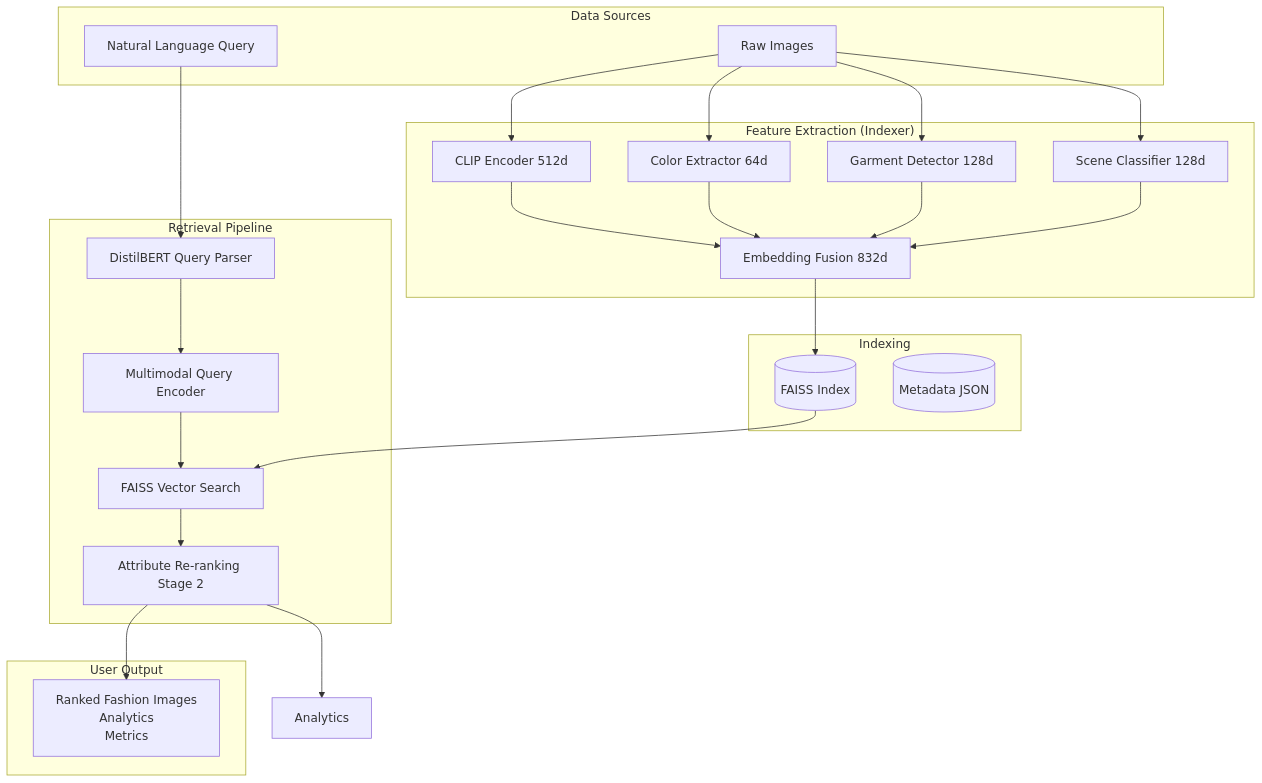
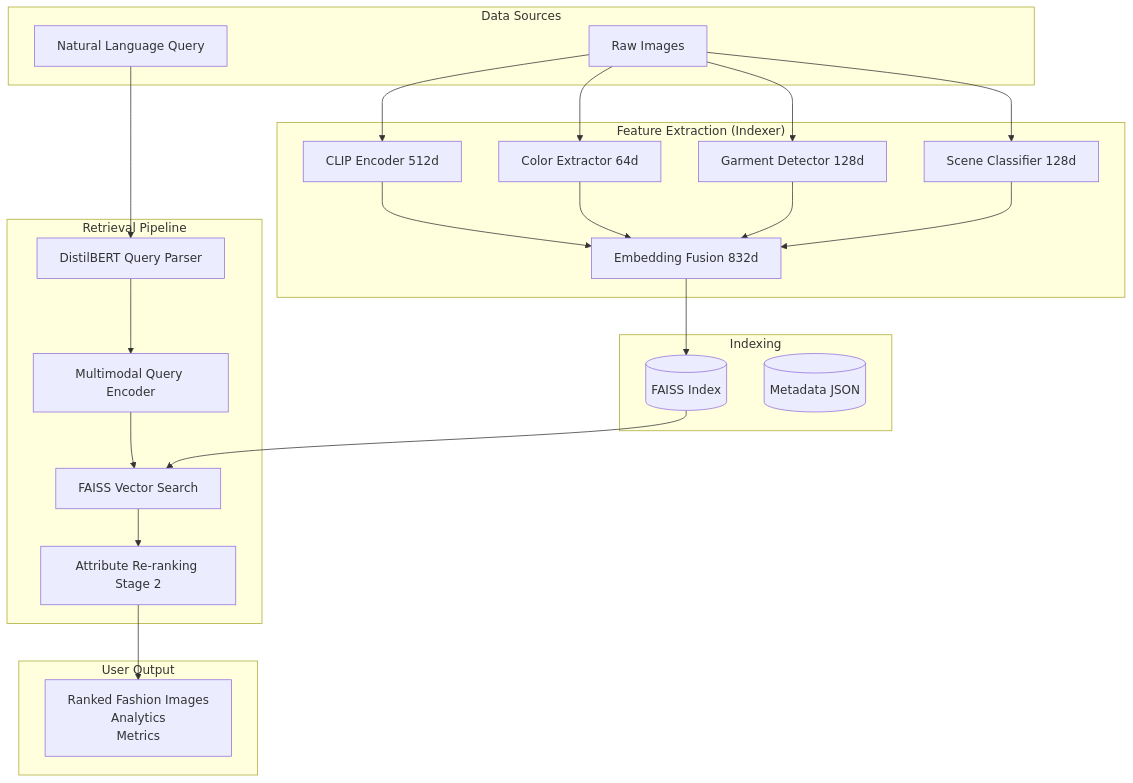
One commit to Yashwanth-79/Multimodal-Fashion-Context-Retrieval changed the diagram in README.md. Above: the diagram before and after it, drawn with Mermaid.

````diff
--- a/README.md
+++ b/README.md
@@ -43,40 +43,40 @@
 ```mermaid
 graph TD
     subgraph "Data Sources"
         Images[Raw Images]
         Query[Natural Language Query]
     end
     subgraph "Feature Extraction (Indexer)"
         CLIP[CLIP Encoder 512d]
         Color[Color Extractor 64d]
         Garment[Garment Detector 128d]
         Scene[Scene Classifier 128d]
         Fusion[Embedding Fusion 832d]
     end
     subgraph "Indexing"
         FAISS[(FAISS Index)]
         Meta[(Metadata JSON)]
     end
     subgraph "Retrieval Pipeline"
         Parser[DistilBERT Query Parser]
         QEncoder[Multimodal Query Encoder]
         Search[FAISS Vector Search]
         Rerank[Attribute Re-ranking Stage 2]
     end
     subgraph "User Output"
         Results[Ranked Fashion Images
                 Analytics
                 Metrics]
         
     end
     Images --> CLIP & Color & Garment & Scene
     CLIP & Color & Garment & Scene --> Fusion
     Fusion --> FAISS
     
     Query --> Parser
     Parser --> QEncoder
     QEncoder --> Search
     Search --> Rerank
     FAISS --> Search
-    Rerank --> Results & Analytics
+    Rerank --> Results 
 ```
````
